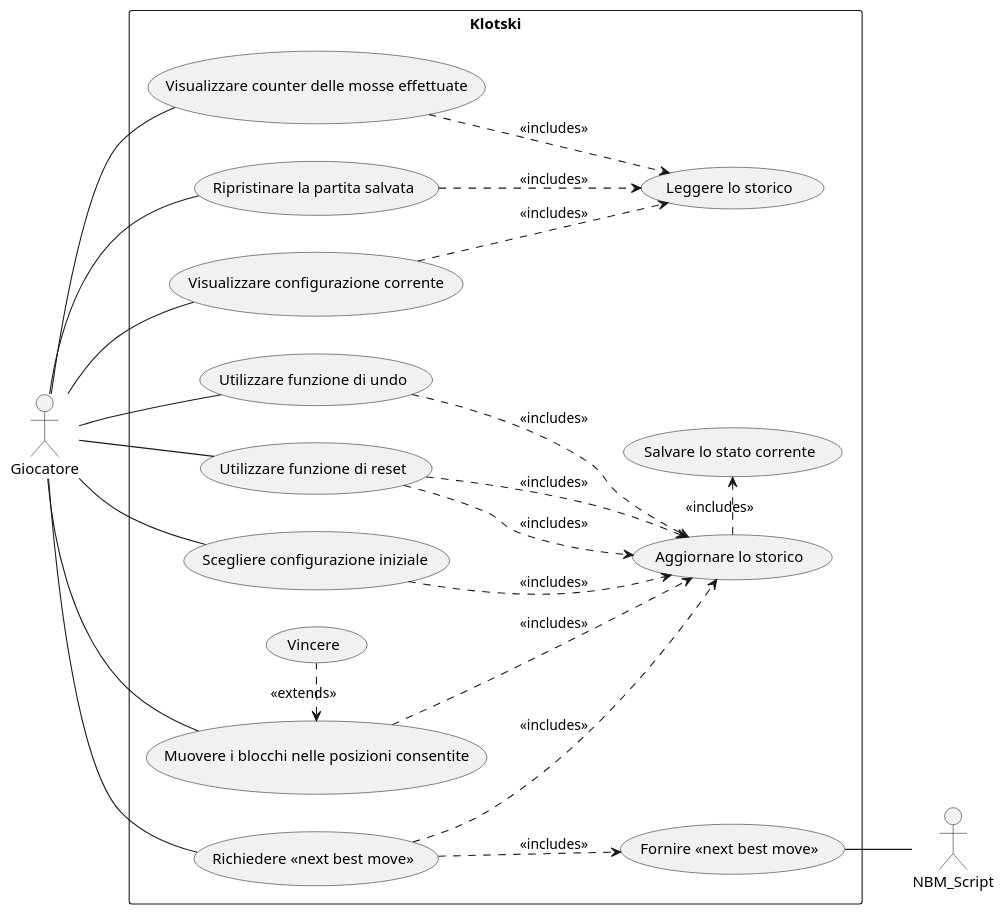
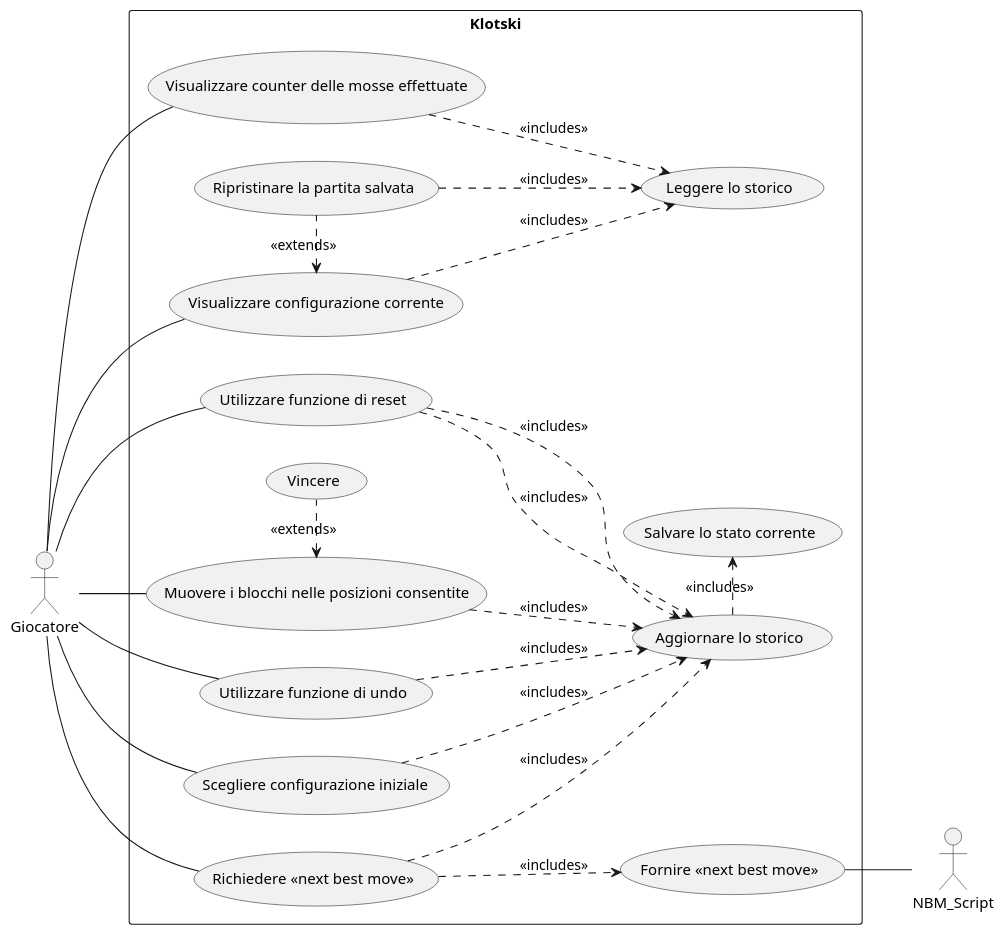
Before and after one commit to bellins14/klotski_gruppo2: the diagram in resources/Use_Cases.md, drawn with PlantUML.

Commit message:
Update Use_Cases.md
Sistemato UCD

````diff
--- a/resources/Use_Cases.md
+++ b/resources/Use_Cases.md
@@ -369,48 +369,48 @@
 ```plantuml
 @startuml
 
 left to right direction
 
 actor Giocatore
 actor NBM_Script
 
 rectangle "Klotski" {
   usecase "Visualizzare configurazione corrente" as current_conf
+  usecase "Scegliere configurazione iniziale" as init_conf
   usecase "Visualizzare counter delle mosse effettuate" as counter
   usecase "Ripristinare la partita salvata" as restore
   usecase "Leggere lo storico" as read_log
   usecase "Aggiornare lo storico" as update_log
-  usecase "Scegliere configurazione iniziale" as init_conf
   usecase "Muovere i blocchi nelle posizioni consentite" as move
   usecase "Vincere" as win
   usecase "Utilizzare funzione di reset" as reset
   usecase "Utilizzare funzione di undo" as undo
   usecase "Salvare lo stato corrente" as save
    usecase "Fornire «next best move»" as make_nbm
   usecase "Richiedere «next best move»" as nbm
 }
 
 Giocatore -- current_conf
 current_conf -[dashed]-> read_log: "<<includes>>"
 Giocatore -- init_conf
-init_conf -[dashed]-> update_log: "<<includes>>"
+init_conf -down[dashed]-> update_log: "<<includes>>"
 Giocatore -- move
 move -[dashed]-> update_log: "<<includes>>"
 move <-[dashed]right- win: "<<extends>>"
 Giocatore -- counter
 counter -[dashed]-> read_log: "<<includes>>"
 Giocatore -- reset
 reset -[dashed]-> update_log: "<<includes>>"
 Giocatore -- undo
 undo -[dashed]-> update_log: "<<includes>>"
 reset -[dashed]-> update_log: "<<includes>>"
 Giocatore -- nbm
 save <-[dashed]left- update_log: "<<includes>>"
-Giocatore -- restore
+restore -left[dashed]-> current_conf: "<<extends>>"
 restore -[dashed]-> read_log: "<<includes>>"
 NBM_Script -up- make_nbm
 nbm -[dashed]-> make_nbm: "<<includes>>"
 nbm -[dashed]-> update_log: "<<includes>>"
 
 @enduml
 ```
````
